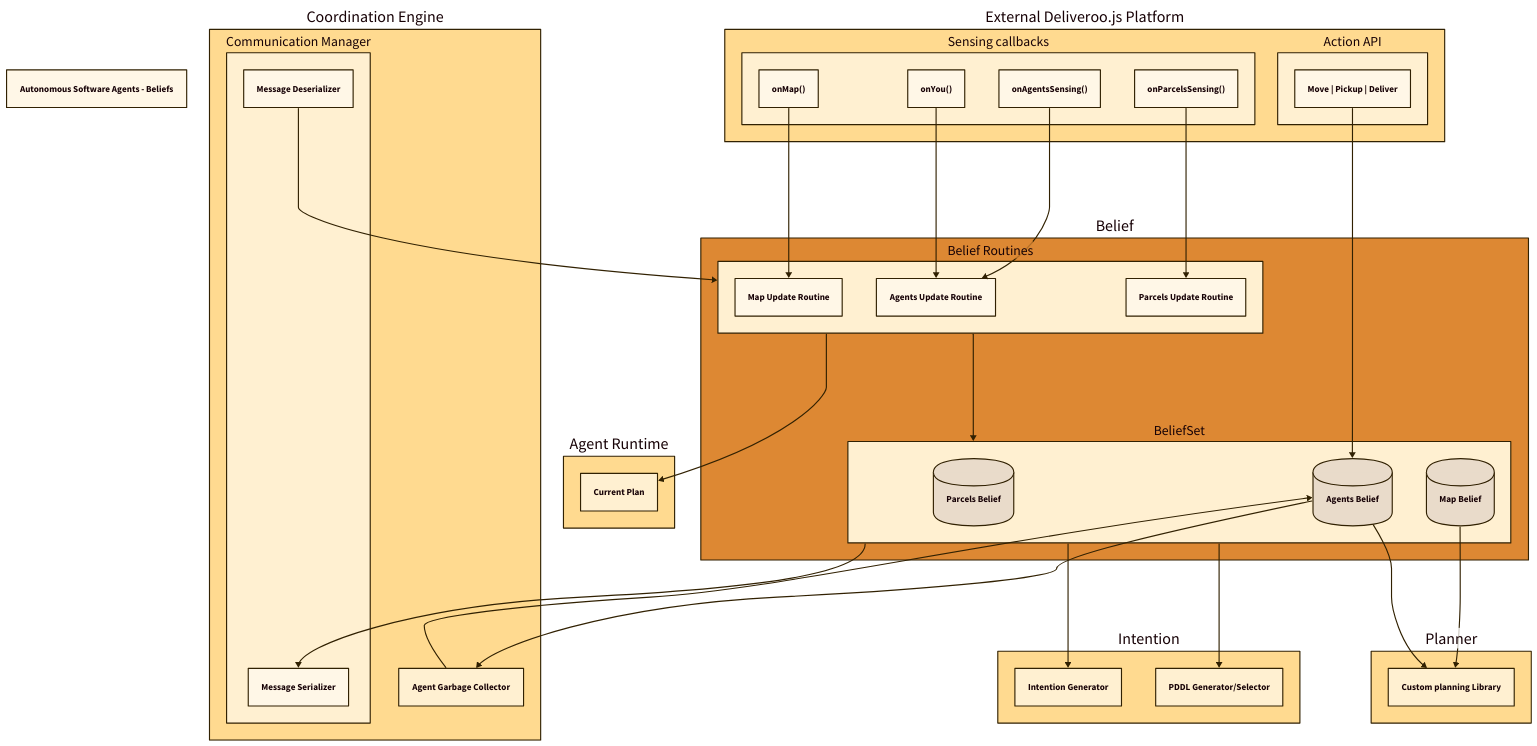
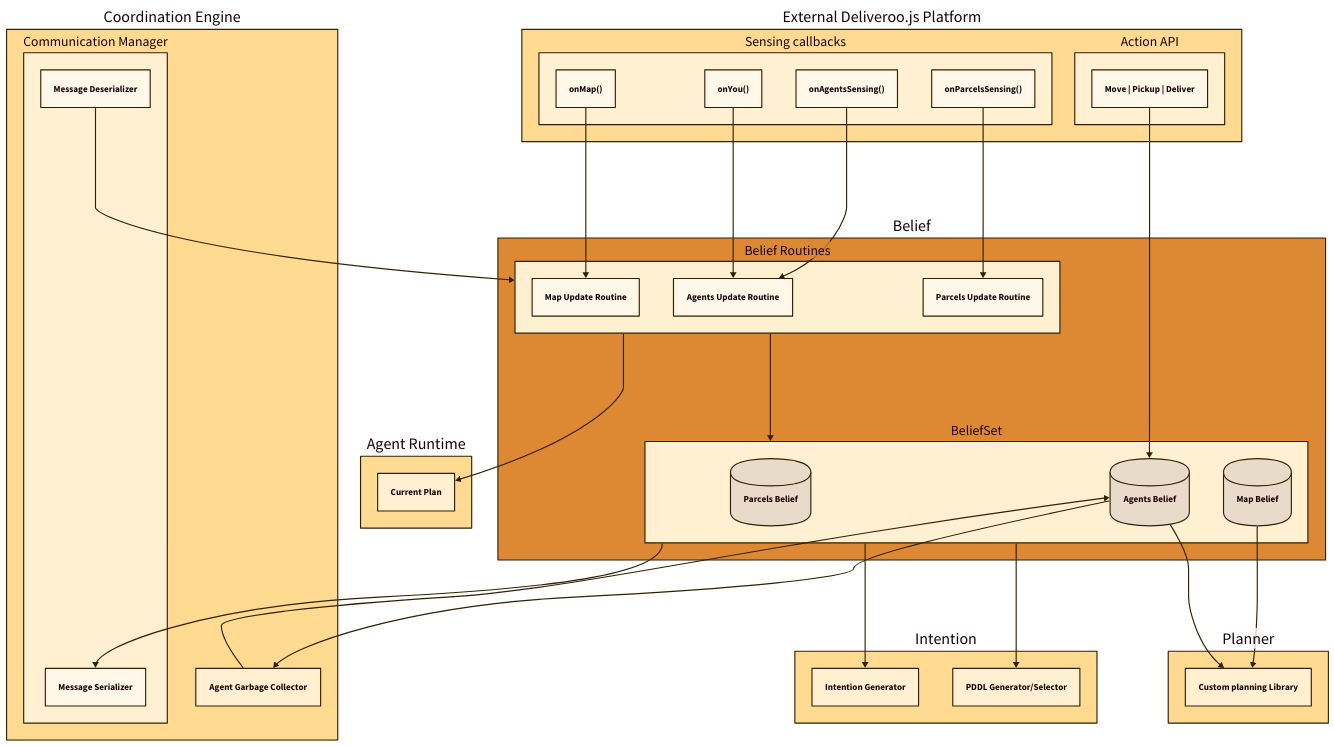
Before and after one commit to LuigiMiazzo17/unitn-autonomusSoftwareAgents: the diagram in presentation/diagrams/beliefs.d2, drawn with D2. The commit also changed 8 other files, not shown here. The source asks for the TALA layout; these drawings use dagre instead.

Commit message:
doc: remove titles from diagrams

```diff
--- a/presentation/diagrams/beliefs.d2
+++ b/presentation/diagrams/beliefs.d2
@@ -1,125 +1,123 @@
-title: "Autonomous Software Agents - Beliefs"
-
 vars: {
   d2-config: {
     layout-engine: tala
     theme-id: 105
   }
 }
 
 platform: {
   label: "External Deliveroo.js Platform"
   sensing: {
     label: "Sensing callbacks"
     onMap: {
       label: "onMap()"
     }
     onYou: {
       label: "onYou()"
     }
     onParcelsSensing: {
       label: "onParcelsSensing()"
     }
     onAgentsSensing: {
       label: "onAgentsSensing()"
     }
   }
   actions: {
     label: "Action API"
     mapAction: {
       label: "Move | Pickup | Deliver"
     }
   }
 }
 
 beliefs: {
   label: "Belief"
   style: {
     fill: "#dd8833"
   }
   state: {
     label: "BeliefSet"
     map: {
       label: "Map Belief"
       shape: cylinder
     }
     parcels: {
       label: "Parcels Belief"
       shape: cylinder
     }
     agents: {
       label: "Agents Belief"
       shape: cylinder
     }
   }
   routines: {
     label: "Belief Routines"
     mapUpdate: {
       label: "Map Update Routine"
     }
     agentsUpdate: {
       label: "Agents Update Routine"
     }
     parcelsUpdate: {
       label: "Parcels Update Routine"
     }
   }
 }
 
 agentRuntime: {
   label: "Agent Runtime"
   plan: {
     label: "Current Plan"
   }
 }
 
 intention: {
   label: "Intention"
   generator: {
     label: "Intention Generator"
   }
   pddl: {
     label: "PDDL Generator/Selector"
   }
 }
 
 planner: {
   label: "Planner"
   lib: {
     label: "Custom planning Library"
   }
 }
 
 coordination: {
   label: "Coordination Engine"
   communication: {
     label: "Communication Manager"
     serializer: {
       label: "Message Serializer"
     }
     deserializer: {
       label: "Message Deserializer"
     }
   }
   agentGC: {
     label: "Agent Garbage Collector"
   }
 }
 
 platform.sensing.onMap -> beliefs.routines.mapUpdate
 platform.sensing.onAgentsSensing -> beliefs.routines.agentsUpdate
 platform.sensing.onYou -> beliefs.routines.agentsUpdate
 platform.sensing.onParcelsSensing -> beliefs.routines.parcelsUpdate
 
 beliefs.state.agents -> coordination.agentGC
 coordination.agentGC -> beliefs.state.agents
 beliefs.state -> coordination.communication.serializer
 coordination.communication.deserializer -> beliefs.routines
 
 beliefs.state -> intention.pddl
 beliefs.routines -> beliefs.state
 beliefs.state -> intention.generator
 platform.actions.mapAction -> beliefs.state.agents
 beliefs.state.map -> planner.lib
 beliefs.state.agents -> planner.lib
 beliefs.routines -> agentRuntime.plan
```
